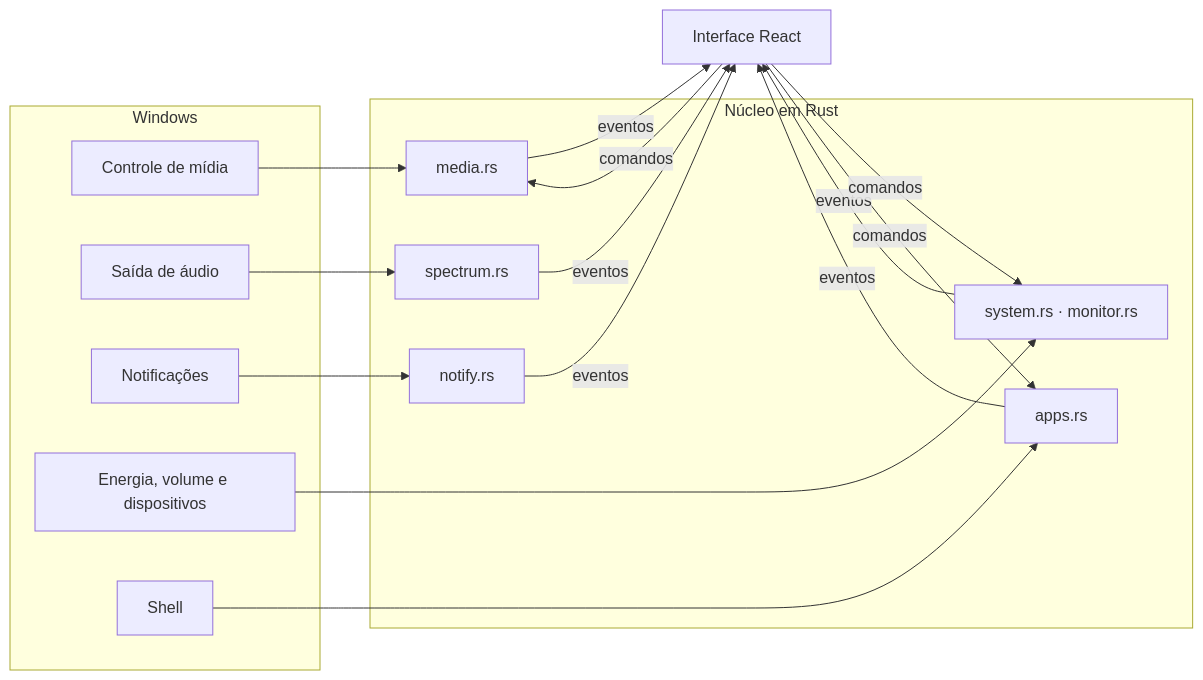
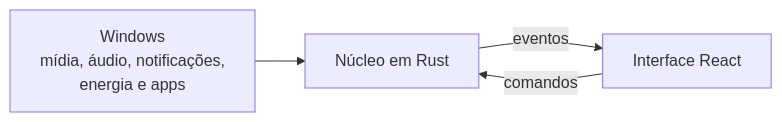
The diagram in README.md (CaasiDantas/dynamic-island), drawn with Mermaid before and after one commit. The commit also changed other lines of this file and 1 other file, not shown here.

Commit message:
README no estilo refine e sem o assistente na mídia

````diff
--- a/README.md
+++ b/README.md
@@ -149,25 +108,5 @@
 ```mermaid
 flowchart LR
-    subgraph Windows
-        SMTC[Controle de mídia]
-        WASAPI[Saída de áudio]
-        NOTIF[Notificações]
-        SYS[Energia, volume e dispositivos]
-        SHELL[Shell]
-    end
-    subgraph Núcleo em Rust
-        MEDIA[media.rs]
-        SPEC[spectrum.rs]
-        NOTIFY[notify.rs]
-        SYSTEM[system.rs · monitor.rs]
-        APPS[apps.rs]
-    end
-    UI[Interface React]
-    SMTC --> MEDIA
-    WASAPI --> SPEC
-    NOTIF --> NOTIFY
-    SYS --> SYSTEM
-    SHELL --> APPS
-    MEDIA & SPEC & NOTIFY & SYSTEM & APPS -- eventos --> UI
-    UI -- comandos --> MEDIA & SYSTEM & APPS
+    W[Windows<br/>mídia, áudio, notificações,<br/>energia e apps] --> R[Núcleo em Rust] -- eventos --> UI[Interface React]
+    UI -- comandos --> R
 ```
````
